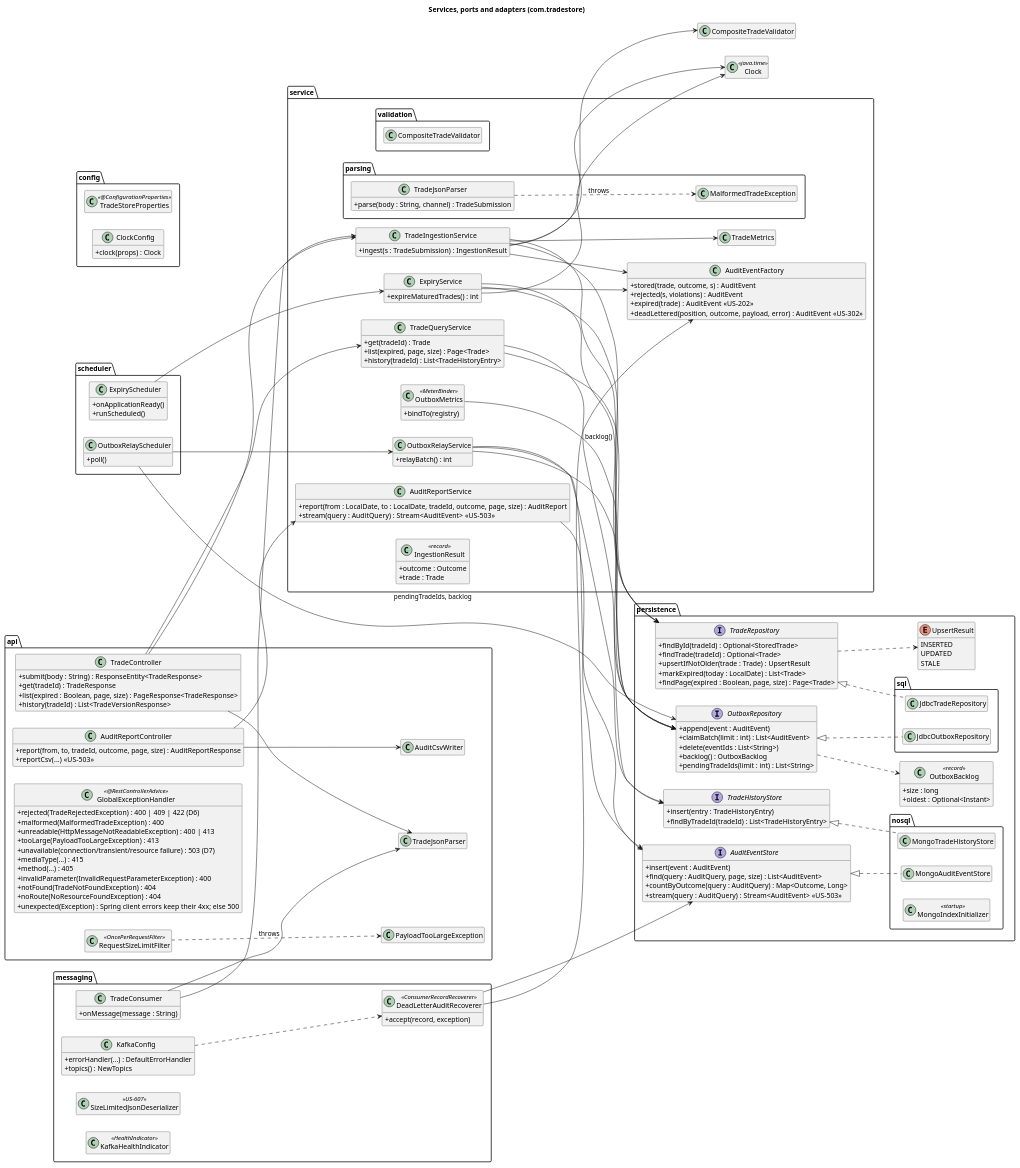
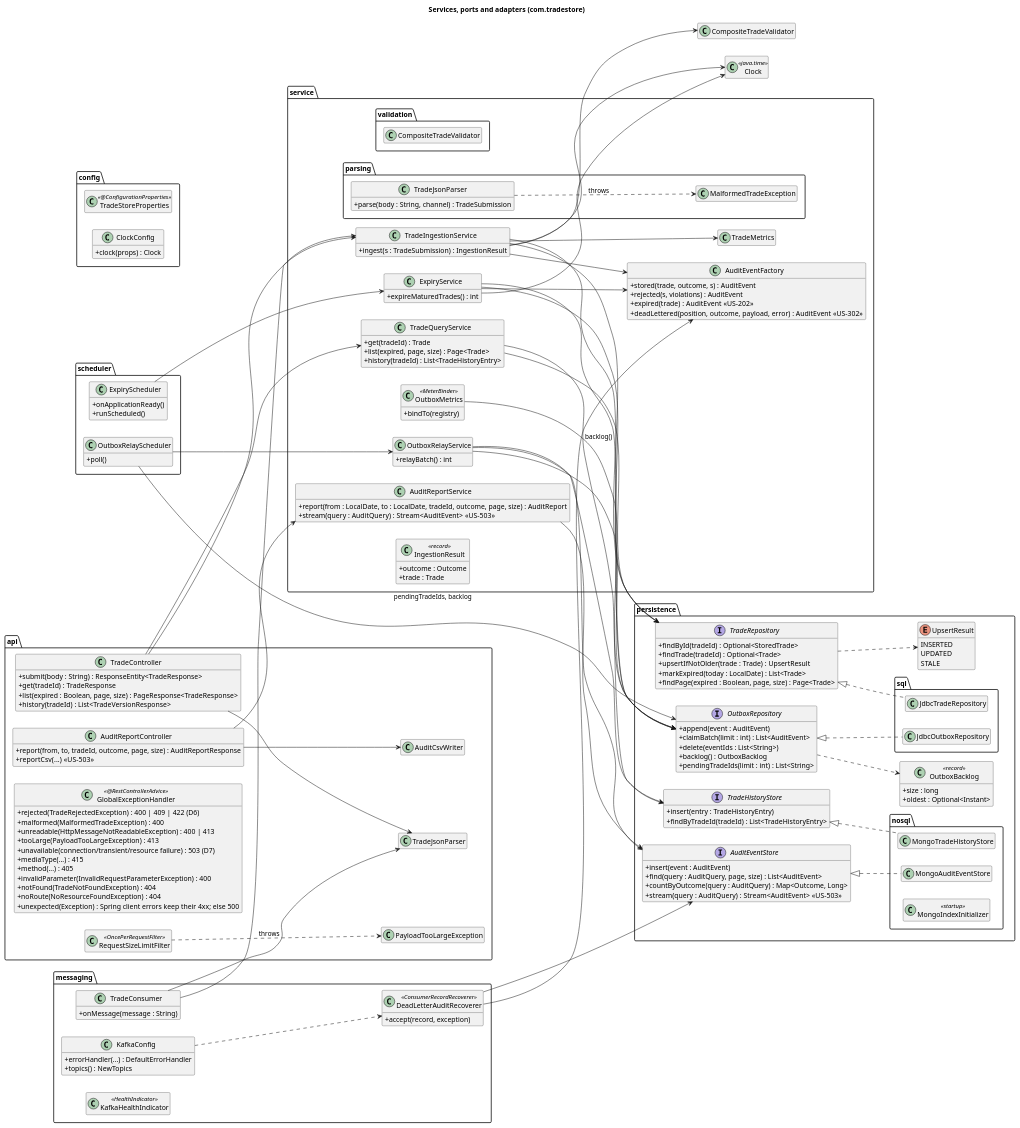
Before and after one commit to kuldipkumar/Trade-store: the diagram in docs/diagrams/05-class-components.puml, drawn with PlantUML. The commit also changed 9 other files, not shown here.

Commit message:
docs: US-603.2, US-604, US-607 LLD, class diagram, test review, PROMPTS #38; traceability

```diff
--- a/docs/diagrams/05-class-components.puml
+++ b/docs/diagrams/05-class-components.puml
@@ -44,7 +44,6 @@
     + errorHandler(...) : DefaultErrorHandler
     + topics() : NewTopics
   }
-  class SizeLimitedJsonDeserializer <<US-607>>
   class DeadLetterAuditRecoverer <<ConsumerRecordRecoverer>> {
     + accept(record, exception)
   }
```
